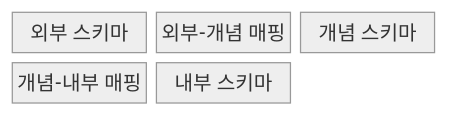
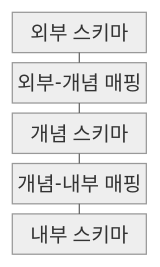
The first of 2 diagrams in src/content/docs/notes/03-software/112_three_level_schema.md (agnusdei1207/knowledge-base), drawn with Mermaid (neutral theme) before and after one commit. The commit also changed other lines of this file and 20 other files, not shown here.

````diff
--- a/src/content/docs/notes/03-software/112_three_level_schema.md
+++ b/src/content/docs/notes/03-software/112_three_level_schema.md
@@ -51,9 +54,13 @@
 ```mermaid
-block-beta
-  columns 3
+block
+  columns 1
   E["외부 스키마"]
   EC["외부-개념 매핑"]
   C["개념 스키마"]
   CI["개념-내부 매핑"]
   I["내부 스키마"]
+  E --- EC
+  EC --- C
+  C --- CI
+  CI --- I
 ```
````
